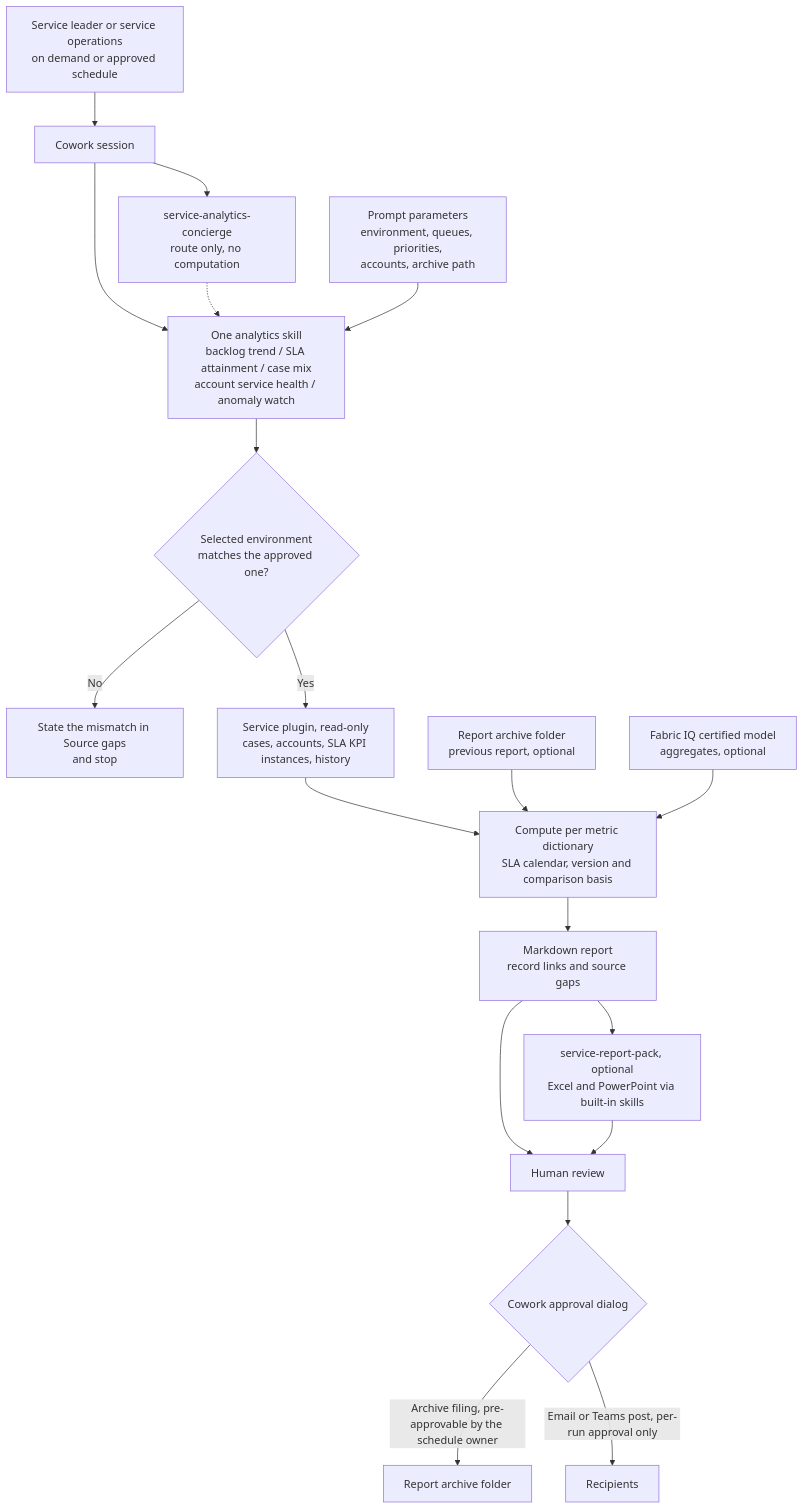
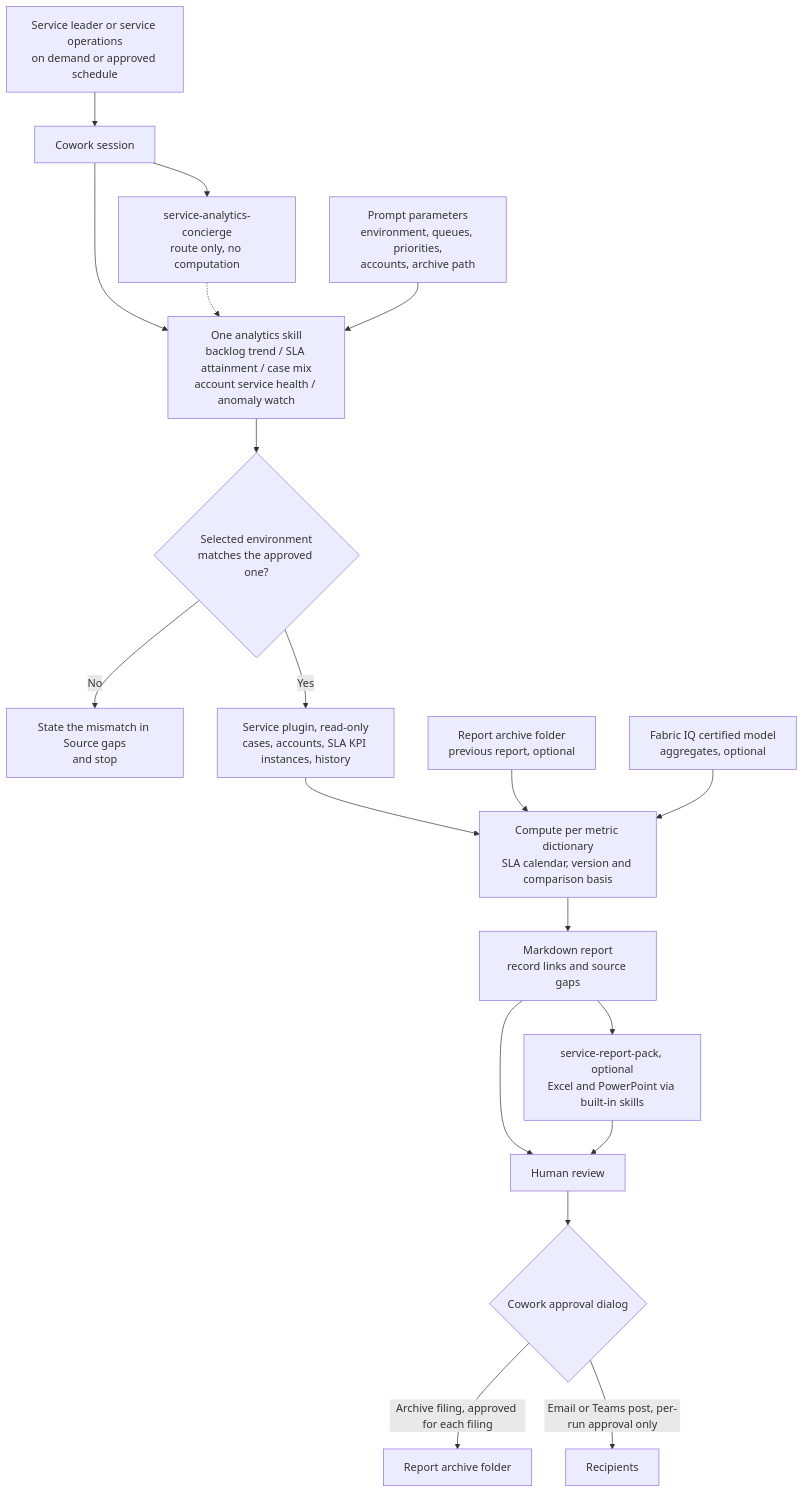
Before and after one commit to microsoft/ai-agent-runbooks: the diagram in 01-scenarios/Insights-Analyst-D365-Service-Cowork-Agent/2.Architecture.md, drawn with Mermaid. The commit also changed other lines of this file and 22 other files, not shown here.

````diff
--- a/01-scenarios/Insights-Analyst-D365-Service-Cowork-Agent/2.Architecture.md
+++ b/01-scenarios/Insights-Analyst-D365-Service-Cowork-Agent/2.Architecture.md
@@ -5,21 +5,21 @@
 ```mermaid
 flowchart TD
     U["Service leader or service operations<br/>on demand or approved schedule"] --> C["Cowork session"]
     C --> R["service-analytics-concierge<br/>route only, no computation"]
     C --> S["One analytics skill<br/>backlog trend / SLA attainment / case mix<br/>account service health / anomaly watch"]
     R -.-> S
     P["Prompt parameters<br/>environment, queues, priorities,<br/>accounts, archive path"] --> S
     S --> E{"Selected environment<br/>matches the approved one?"}
     E -->|"No"| X["State the mismatch in Source gaps<br/>and stop"]
     E -->|"Yes"| D["Service plugin, read-only<br/>cases, accounts, SLA KPI instances, history"]
     D --> M["Compute per metric dictionary<br/>SLA calendar, version and comparison basis"]
     A["Report archive folder<br/>previous report, optional"] --> M
     F["Fabric IQ certified model<br/>aggregates, optional"] --> M
     M --> O["Markdown report<br/>record links and source gaps"]
     O --> K["service-report-pack, optional<br/>Excel and PowerPoint via built-in skills"]
     O --> H["Human review"]
     K --> H
     H --> Q{"Cowork approval dialog"}
-    Q -->|"Archive filing, pre-approvable by the schedule owner"| AR["Report archive folder"]
+    Q -->|"Archive filing, approved for each filing"| AR["Report archive folder"]
     Q -->|"Email or Teams post, per-run approval only"| SH["Recipients"]
 ```
````
